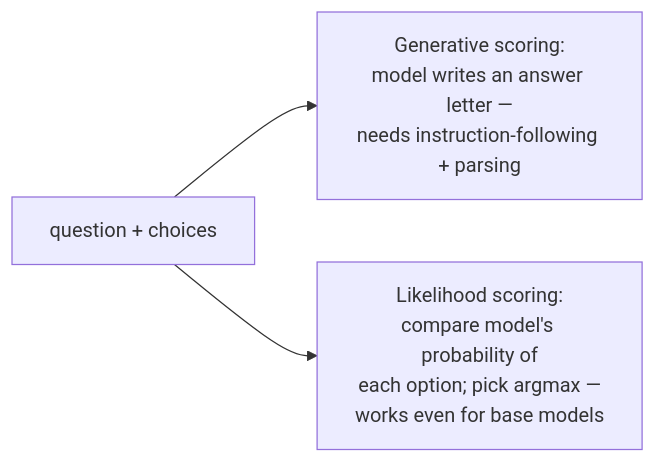
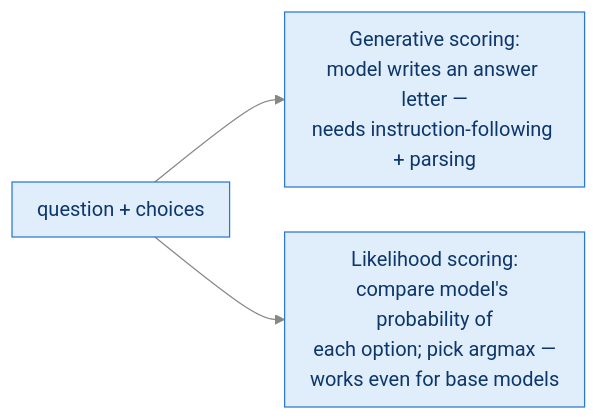
One commit to sudhanshu-shivam-dev/reasoning_model_from_scratch changed the second of 4 diagrams in study_guide/appendix_evaluation_methods.md. Above: the diagram before and after it, drawn with Mermaid. The commit also changed other lines of this file and 14 other files, not shown here.

First line of the commit message:
Restyle all 54 diagrams: consistent palette, semantic colors, better spacing

````diff
--- a/study_guide/appendix_evaluation_methods.md
+++ b/study_guide/appendix_evaluation_methods.md
@@ -43,5 +48,6 @@
 ```mermaid
+%%{init: {"theme":"base","themeVariables":{"primaryColor":"#e0edfb","primaryTextColor":"#0d366b","primaryBorderColor":"#2a78d6","lineColor":"#898781","textColor":"#52514e","edgeLabelBackground":"#f0efec","clusterBkg":"rgba(137,135,129,0.07)","clusterBorder":"#a9a7a0","titleColor":"#898781"},"flowchart":{"nodeSpacing":36,"rankSpacing":44,"curve":"basis","padding":10}}}%%
 flowchart LR
     Q["question + choices"] --> S1["Generative scoring:<br/>model writes an answer letter —<br/>needs instruction-following + parsing"]
     Q --> S2["Likelihood scoring:<br/>compare model's probability of<br/>each option; pick argmax —<br/>works even for base models"]
 ```
````
